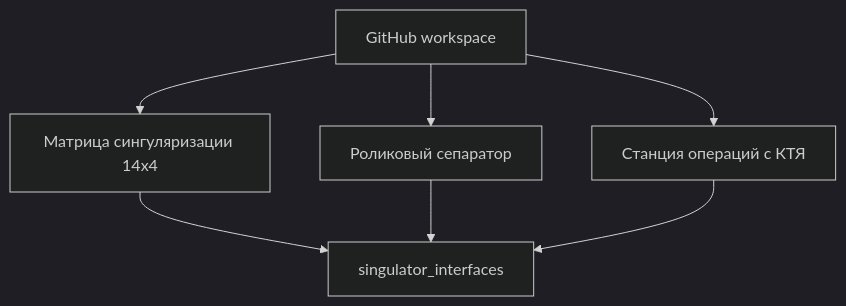
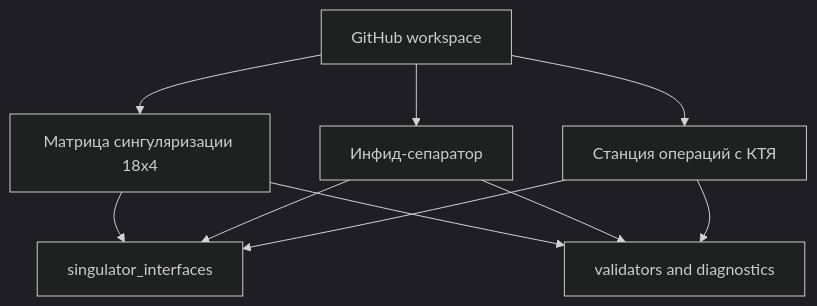
The first of 7 diagrams in docs/ARCHITECTURE.md (MAKSytka/digital_twin_convey), drawn with Mermaid (dark theme) before and after one commit. The commit also changed other lines of this file and 34 other files, not shown here.

````diff
--- a/docs/ARCHITECTURE.md
+++ b/docs/ARCHITECTURE.md
@@ -7,11 +7,15 @@
 ```mermaid
 flowchart TB
     R[GitHub workspace]
-    R --> M[Матрица сингуляризации 14x4]
-    R --> S[Роликовый сепаратор]
+    R --> M[Матрица сингуляризации 18x4]
+    R --> S[Инфид-сепаратор]
     R --> K[Станция операций с КТЯ]
 
-    M --> MI[singulator_interfaces]
-    S --> MI
-    K --> MI
+    M --> I[singulator_interfaces]
+    S --> I
+    K --> I
+
+    M --> V[validators and diagnostics]
+    S --> V
+    K --> V
 ```
````
